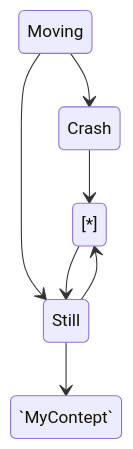
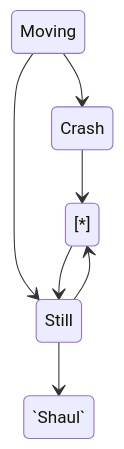
One commit to swimmio/csharp-shaul-test changed the first of 2 diagrams in .swm/marmaid-draft.gby47omg.sw.md. Above: the diagram before and after it, drawn with Mermaid. The commit also changed other lines of this file, not shown here.

````diff
--- a/.swm/marmaid-draft.gby47omg.sw.md
+++ b/.swm/marmaid-draft.gby47omg.sw.md
@@ -9,10 +9,10 @@
 ```mermaid
 stateDiagram-v2
 [\*] --> Still
 Still --> [\*]
-Still --> `MyContept`
+Still --> `Shaul`
 Moving --> Still
 Moving --> Crash
 Crash --> [\*]
 
 ```
````
